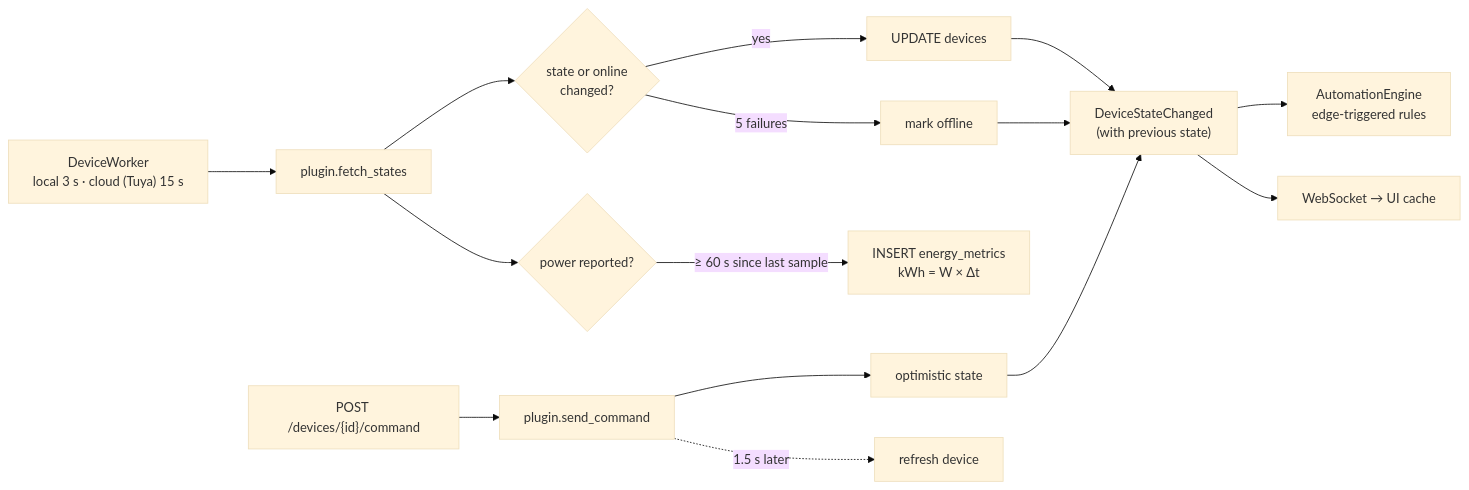
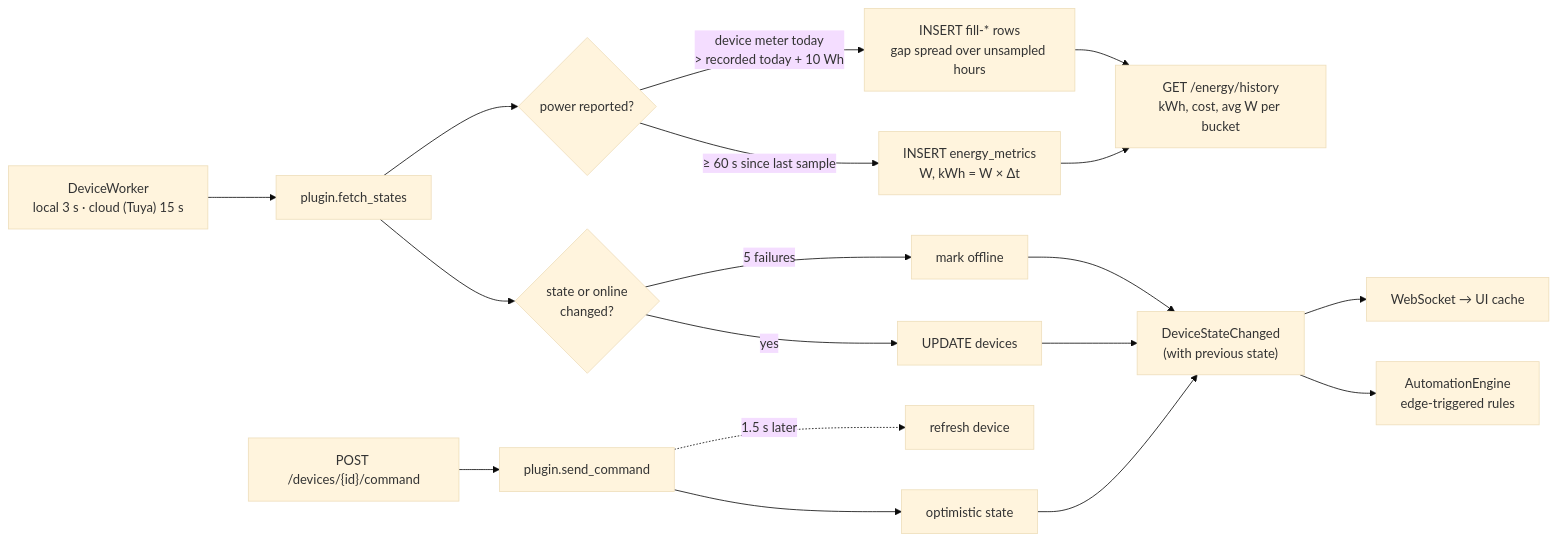
One commit to aiyu-ayaan/Domus changed the sixth of 10 diagrams in development/docs/ARCHITECTURE.md. Above: the diagram before and after it, drawn with Mermaid (base theme). The commit also changed other lines of this file, not shown here.

Commit message:
docs(Energy) : Describe the meter reconciliation and the power history

````diff
--- a/development/docs/ARCHITECTURE.md
+++ b/development/docs/ARCHITECTURE.md
@@ -206,13 +206,16 @@
 ```mermaid
 flowchart LR
     Poll["DeviceWorker<br/>local 3 s · cloud (Tuya) 15 s"] --> FS["plugin.fetch_states"]
     FS --> Diff{"state or online<br/>changed?"}
     Diff -- yes --> Save["UPDATE devices"] --> Ev["DeviceStateChanged<br/>(with previous state)"]
     Diff -- 5 failures --> Off["mark offline"] --> Ev
     FS --> Meter{"power reported?"}
-    Meter -- "≥ 60 s since last sample" --> EM["INSERT energy_metrics<br/>kWh = W × Δt"]
+    Meter -- "≥ 60 s since last sample" --> EM["INSERT energy_metrics<br/>W, kWh = W × Δt"]
+    Meter -- "device meter today<br/>> recorded today + 10 Wh" --> Fill["INSERT fill-* rows<br/>gap spread over unsampled hours"]
+    EM --> Hist["GET /energy/history<br/>kWh, cost, avg W per bucket"]
+    Fill --> Hist
     Ev --> AE["AutomationEngine<br/>edge-triggered rules"]
     Ev --> WSS["WebSocket → UI cache"]
     Cmd["POST /devices/{id}/command"] --> Send["plugin.send_command"] --> Opt["optimistic state"] --> Ev
     Send -. "1.5 s later" .-> Refresh["refresh device"]
 ```
````
